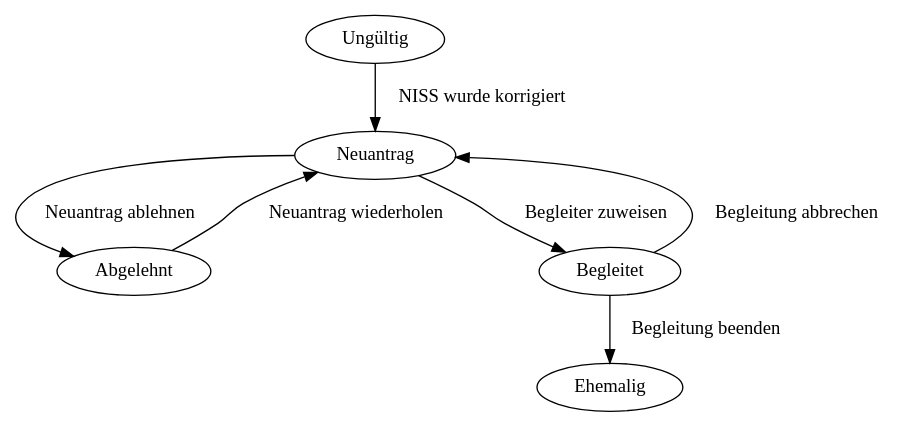
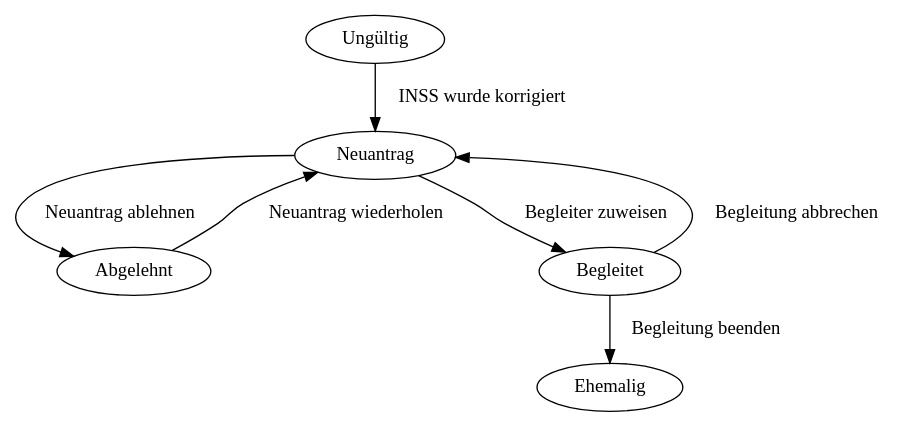
One commit to lino-framework/welfare changed the second of 2 diagrams in userman/de/user/clients.rst. Above: the diagram before and after it, drawn with Graphviz. The commit also changed other lines of this file and 4 other files, not shown here.

```diff
--- a/userman/de/user/clients.rst
+++ b/userman/de/user/clients.rst
@@ -232,16 +231,16 @@
 .. graphviz:: 
    
    digraph foo {
       newcomer -> refused [label="Neuantrag ablehnen"];
       newcomer -> coached [label="Begleiter zuweisen"];
       refused -> newcomer [label="Neuantrag wiederholen"];
       coached -> newcomer [label="Begleitung abbrechen"];
       coached -> former [label="Begleitung beenden"];
-      invalid -> newcomer [label="NISS wurde korrigiert"];
+      invalid -> newcomer [label="INSS wurde korrigiert"];
       
       newcomer [label="Neuantrag"];
       refused [label="Abgelehnt"];
       invalid [label="Ungültig"];
       former [label="Ehemalig"];
       coached [label="Begleitet"];
    }
```
